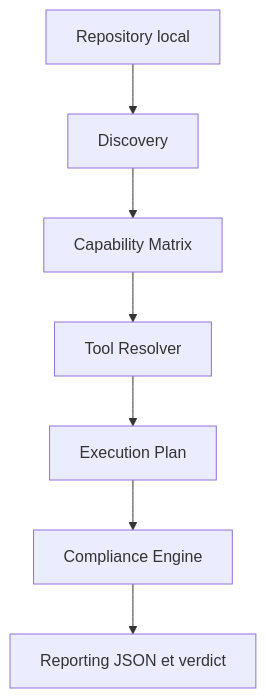
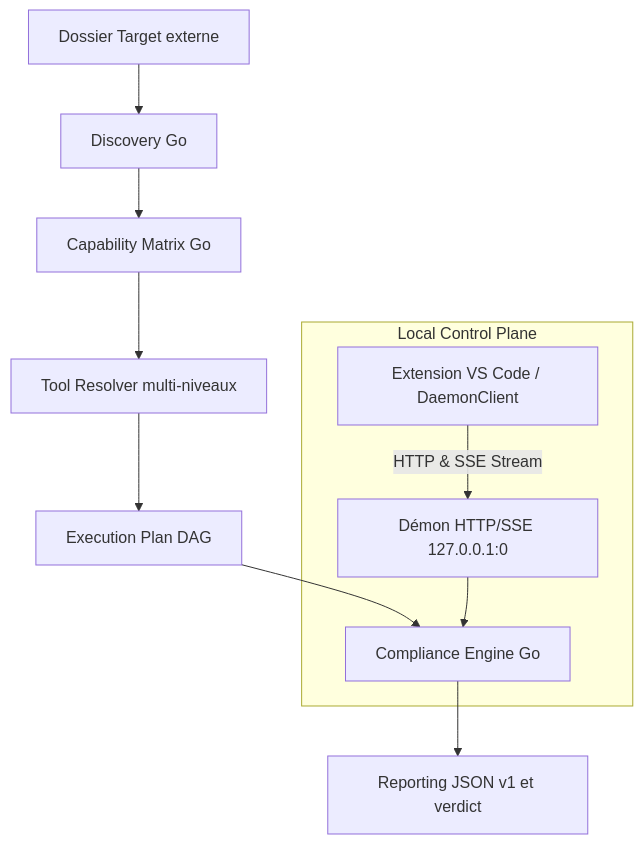
Before and after one commit to LORD-SOUPEX/Compliance_Platform: the diagram in docs/architecture-current.md, drawn with Mermaid. The commit also changed other lines of this file and 9 other files, not shown here.

````diff
--- a/docs/architecture-current.md
+++ b/docs/architecture-current.md
@@ -7,9 +7,14 @@
 ```mermaid
 flowchart TD
-Repo[Repository local] --> Discovery[Discovery]
-Discovery --> Matrix[Capability Matrix]
-Matrix --> Resolver[Tool Resolver]
-Resolver --> Plan[Execution Plan]
-Plan --> Engine[Compliance Engine]
-Engine --> Report[Reporting JSON et verdict]
+    Target[Dossier Target externe] --> Discovery[Discovery Go]
+    Discovery --> Matrix[Capability Matrix Go]
+    Matrix --> Resolver[Tool Resolver multi-niveaux]
+    Resolver --> Plan[Execution Plan DAG]
+    Plan --> Engine[Compliance Engine Go]
+    Engine --> Report[Reporting JSON v1 et verdict]
+    
+    subgraph Local Control Plane
+        Daemon[Démon HTTP/SSE 127.0.0.1:0] --> Engine
+        VSCode[Extension VS Code / DaemonClient] -->|HTTP & SSE Stream| Daemon
+    end
 ```
````
